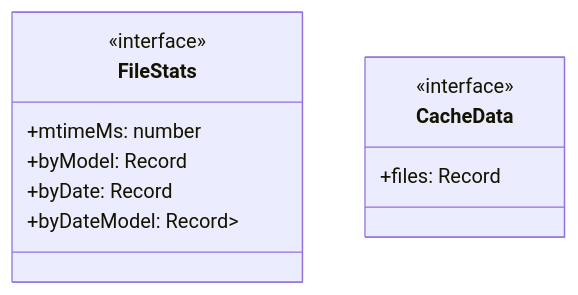
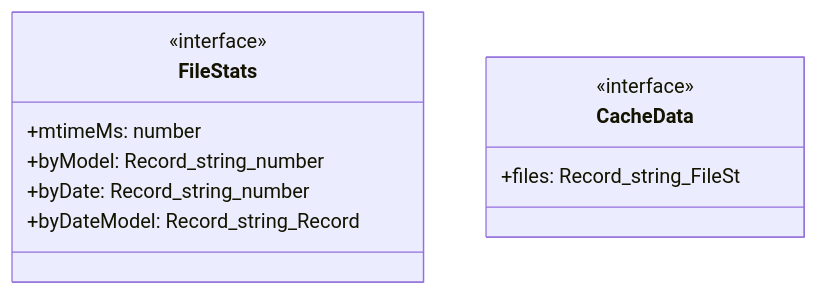
One commit to Mekann2904/mekann changed the first of 2 diagrams in ABDD/.pi/extensions/usage-tracker.md. Above: the diagram before and after it, drawn with Mermaid. The commit also changed other lines of this file and 174 other files, not shown here.

First line of the commit message:
fix(docs): ABDDのMermaid図生成エラーを修正する

````diff
--- a/ABDD/.pi/extensions/usage-tracker.md
+++ b/ABDD/.pi/extensions/usage-tracker.md
@@ -36,14 +36,14 @@
 ```mermaid
 classDiagram
   class FileStats {
     <<interface>>
     +mtimeMs: number
-    +byModel: Record<stringnumber>
-    +byDate: Record<stringnumber>
-    +byDateModel: Record<stringRecord<stringnumber>>
+    +byModel: Record_string_number
+    +byDate: Record_string_number
+    +byDateModel: Record_string_Record
   }
   class CacheData {
     <<interface>>
-    +files: Record<stringFileStats>
+    +files: Record_string_FileSt
   }
 ```
````
